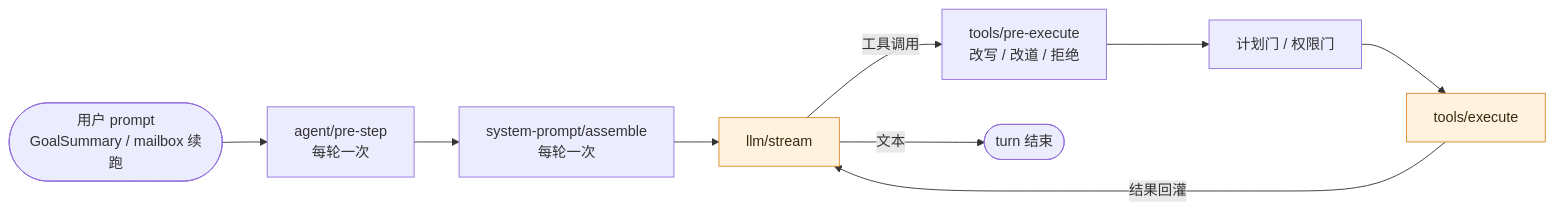
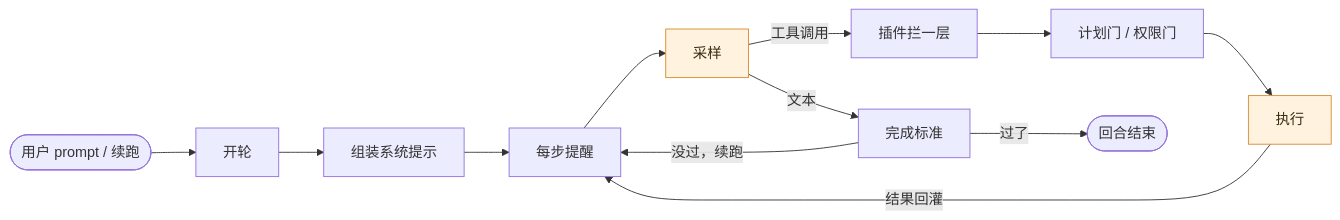
One commit to P0lar1ght/dock changed the second of 2 diagrams in README.md. Above: the diagram before and after it, drawn with Mermaid. The commit also changed other lines of this file and 2 other files, not shown here.

````diff
--- a/README.md
+++ b/README.md
@@ -174,15 +180,17 @@
 ```mermaid
 flowchart LR
-  start(["用户 prompt<br/>GoalSummary / mailbox 续跑"])
-  start --> pre["agent/pre-step<br/>每轮一次"]
-  pre --> asm["system-prompt/assemble<br/>每轮一次"]
-  asm --> stream["llm/stream"]
-  stream -->|"工具调用"| gate["tools/pre-execute<br/>改写 / 改道 / 拒绝"]
+  start(["用户 prompt / 续跑"]) --> pre["开轮"]
+  pre --> asm["组装系统提示"]
+  asm --> step["每步提醒"]
+  step --> stream["采样"]
+  stream -->|"工具调用"| gate["插件拦一层"]
   gate --> perm["计划门 / 权限门"]
-  perm --> exec["tools/execute"]
-  exec -->|"结果回灌"| stream
-  stream -->|"文本"| done(["turn 结束"])
+  perm --> exec["执行"]
+  exec -->|"结果回灌"| step
+  stream -->|"文本"| endw["完成标准"]
+  endw -->|"没过，续跑"| step
+  endw -->|"过了"| done(["回合结束"])
 
   classDef hub fill:#fff3e0,stroke:#d98a2b,color:#3a2a10;
   class stream,exec hub;
 ```
````
